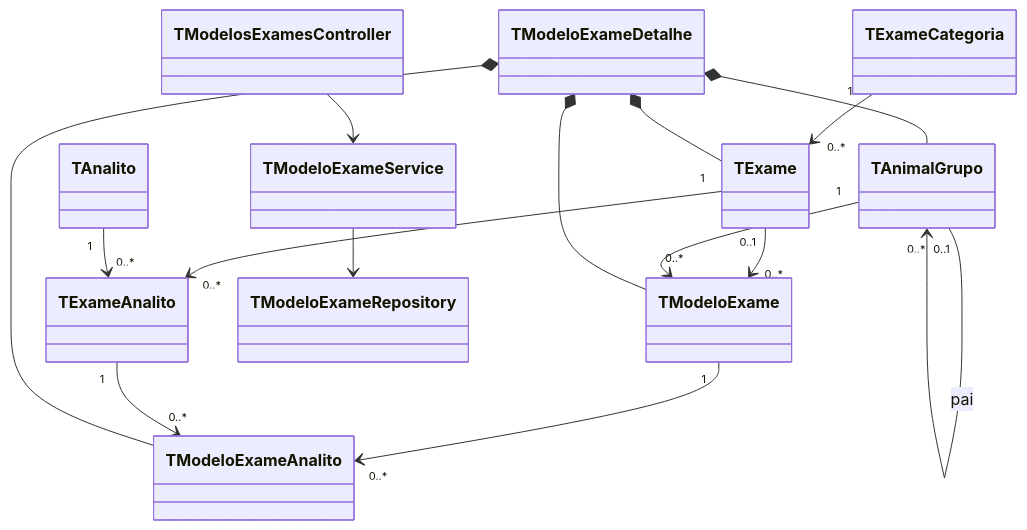
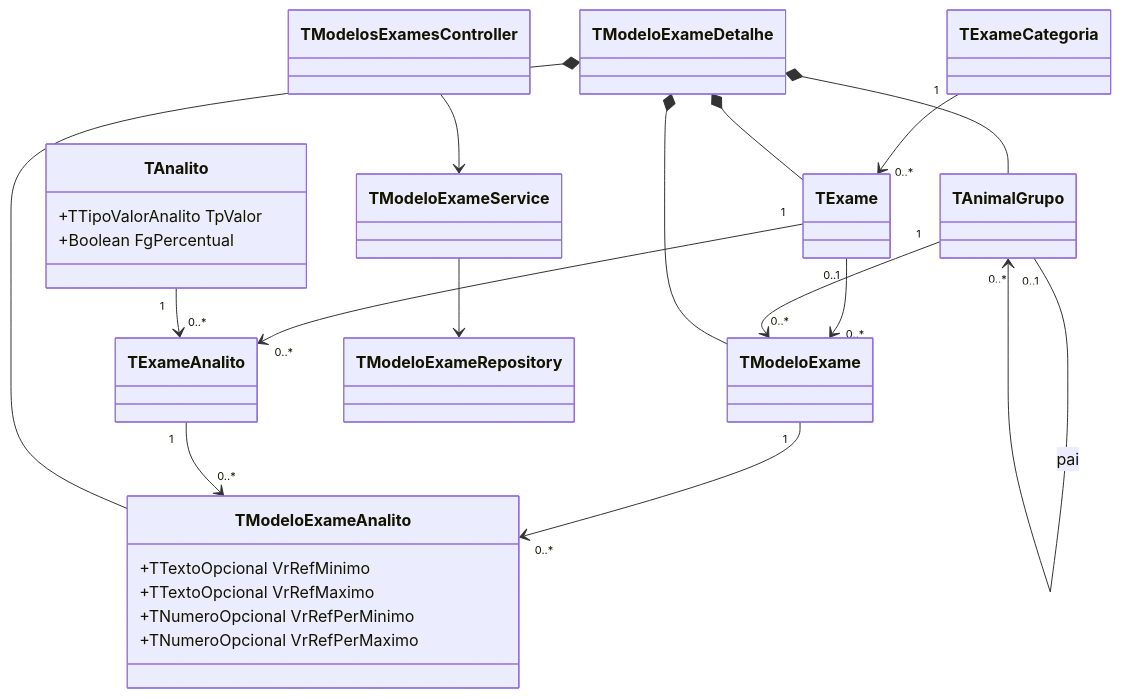
The diagram in docs/diagrama-classes-backend-exames.mmd (FelipeCascardo/LabVet), drawn with Mermaid before and after one commit. The commit also changed 43 other files, not shown here.

```diff
--- a/docs/diagrama-classes-backend-exames.mmd
+++ b/docs/diagrama-classes-backend-exames.mmd
@@ -1,27 +1,35 @@
 classDiagram
   class TExameCategoria
   class TExame
   class TAnimalGrupo
   class TModeloExame
-  class TAnalito
+  class TAnalito {
+    +TTipoValorAnalito TpValor
+    +Boolean FgPercentual
+  }
   class TExameAnalito
-  class TModeloExameAnalito
+  class TModeloExameAnalito {
+    +TTextoOpcional VrRefMinimo
+    +TTextoOpcional VrRefMaximo
+    +TNumeroOpcional VrRefPerMinimo
+    +TNumeroOpcional VrRefPerMaximo
+  }
   class TModeloExameDetalhe
   class TModeloExameService
   class TModeloExameRepository
   class TModelosExamesController
 
   TExameCategoria "1" --> "0..*" TExame
   TExame "0..1" --> "0..*" TModeloExame
   TAnimalGrupo "0..1" --> "0..*" TAnimalGrupo : pai
   TAnimalGrupo "1" --> "0..*" TModeloExame
   TExame "1" --> "0..*" TExameAnalito
   TAnalito "1" --> "0..*" TExameAnalito
   TModeloExame "1" --> "0..*" TModeloExameAnalito
   TExameAnalito "1" --> "0..*" TModeloExameAnalito
   TModeloExameDetalhe *-- TModeloExame
   TModeloExameDetalhe *-- TExame
   TModeloExameDetalhe *-- TAnimalGrupo
   TModeloExameDetalhe *-- TModeloExameAnalito
   TModelosExamesController --> TModeloExameService
   TModeloExameService --> TModeloExameRepository
```
